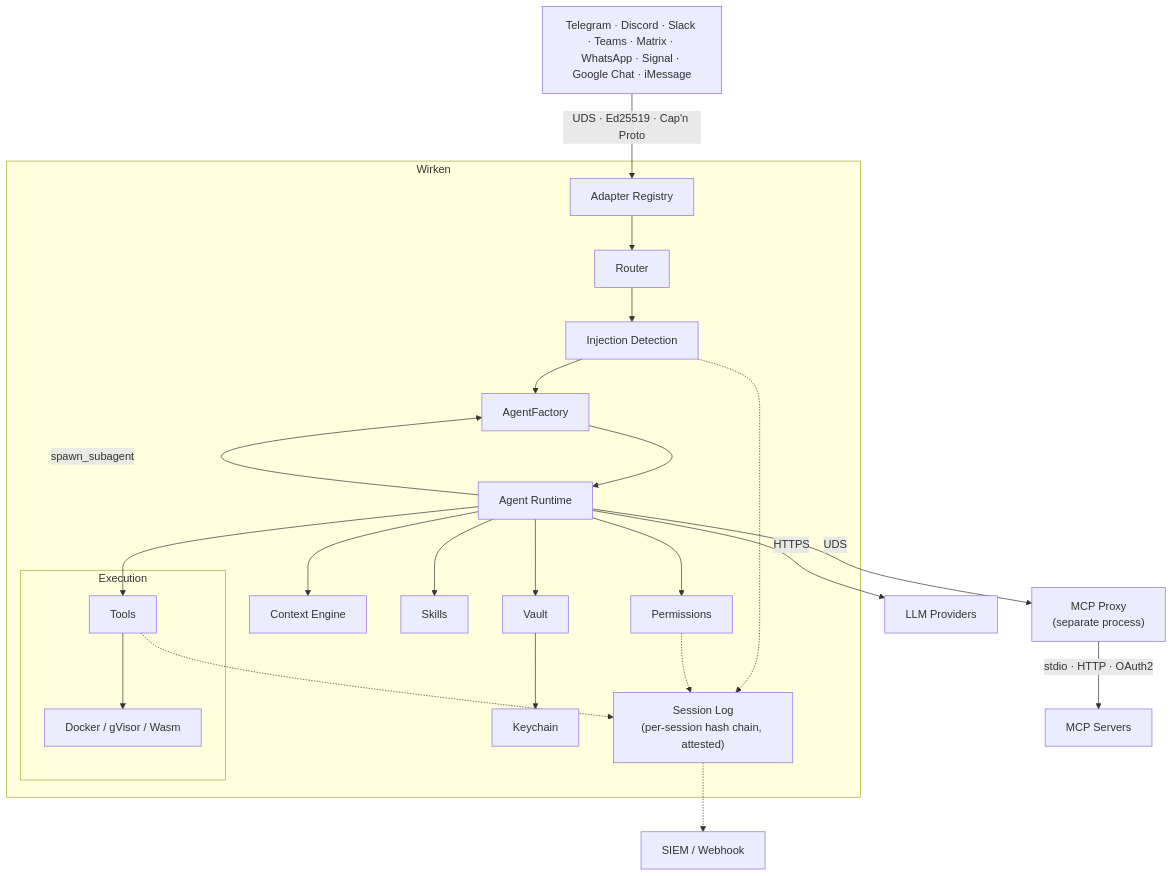
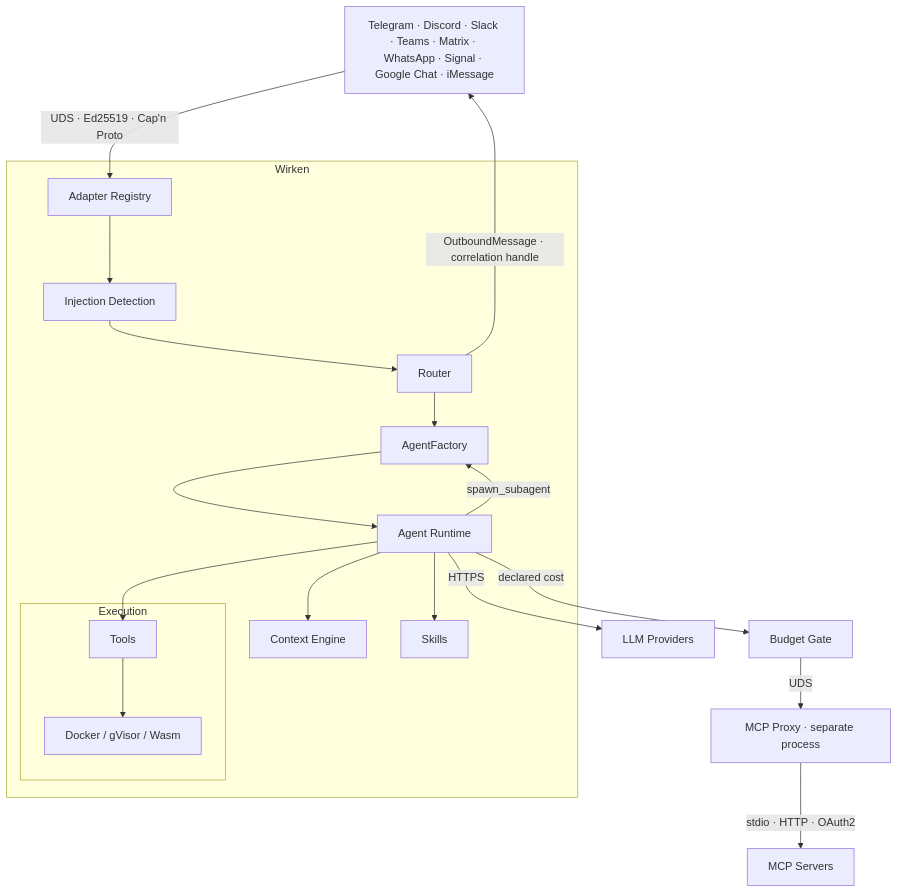
The first of 2 diagrams in README.md (gebruder/wirken), drawn with Mermaid before and after one commit. The commit also changed other lines of this file, not shown here.

Commit message:
Split the architecture diagram into message path and control
Two diagrams rather than one: the added nodes put the single one past a
screen, and the alternative was smaller labels.

The message path gains the budget gate the agent consults before
dispatching an MCP tool call with a declared cost, and the outbound
edge back to the channels carrying the correlation handle. Control and
audit carries the operator's approve, deny and expiry surface into the
permission store, that store's permissions.db backing, and a dotted
edge for the delivery_confirmed and delivery_failed rows.

Two edges are corrected against the code. Injection detection runs
before routing, not after: run.rs scans at 3164 and resolves the route
at 3215. The agent does not reach the vault; wirken-agent declares no
dependency on wirken-vault, and the credential is resolved by the CLI
and the MCP proxy runner, which is where the vault edge now starts.

````diff
--- a/README.md
+++ b/README.md
@@ -172,34 +174,27 @@
 ```mermaid
 graph TD
     Channels["Telegram · Discord · Slack · Teams · Matrix · WhatsApp · Signal · Google Chat · iMessage"]
-    Channels -- "UDS · Ed25519 · Cap'n Proto" --> Registry
+    Channels -- "UDS · Ed25519 · Cap'n Proto" --> Registry[Adapter Registry]
 
     subgraph Wirken
-        Registry[Adapter Registry] --> Router
-        Router --> Detect[Injection Detection]
-        Detect --> Factory[AgentFactory]
+        Registry --> Detect[Injection Detection]
+        Detect --> Router
+        Router --> Factory[AgentFactory]
         Factory --> Agent[Agent Runtime]
         Agent --> Context[Context Engine]
-        Agent --> Permissions
         Agent --> Skills
         Agent --> Tools
-        Agent --> Vault --> Keychain
 
         subgraph Execution
             Tools --> Sandbox[Docker / gVisor / Wasm]
         end
-
-        SessionLog["Session Log\n(per-session hash chain, attested)"]
     end
 
-    Agent -- "UDS" --> McpProxy["MCP Proxy\n(separate process)"]
+    Agent -- "spawn_subagent" --> Factory
+    Agent -- HTTPS --> LLM[LLM Providers]
+    Agent -- "declared cost" --> Budget[Budget Gate]
+    Budget -- "UDS" --> McpProxy["MCP Proxy · separate process"]
     McpProxy -- "stdio · HTTP · OAuth2" --> McpServers[MCP Servers]
 
-    Agent -- HTTPS --> LLM[LLM Providers]
-    Agent -- "spawn_subagent" --> Factory
-
-    Detect -.-> SessionLog
-    Permissions -.-> SessionLog
-    Tools -.-> SessionLog
-    SessionLog -.-> SIEM[SIEM / Webhook]
+    Router -- "OutboundMessage · correlation handle" --> Channels
 ```
````
